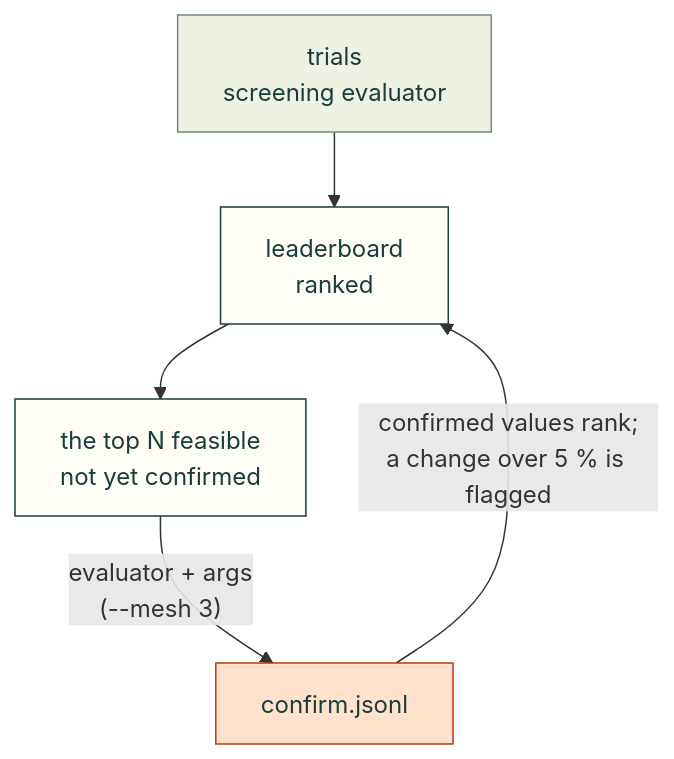
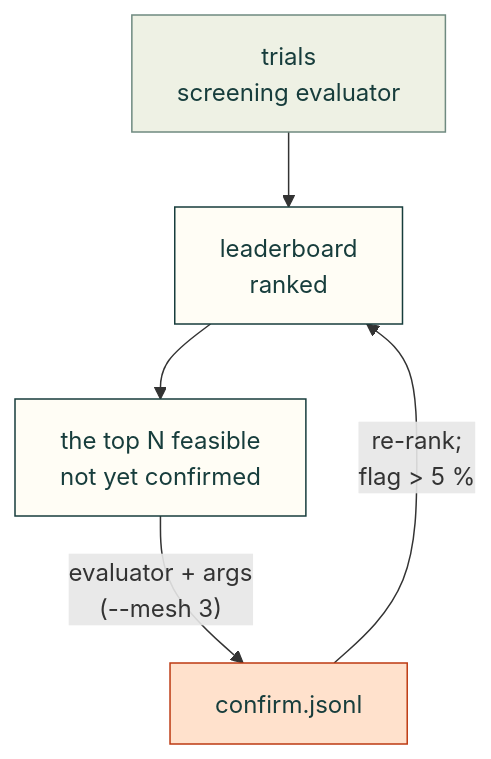
The second of 2 diagrams in docs/explore.md (Valpatel/cad-agent), drawn with Mermaid before and after one commit.

Commit message:
docs/explore: a shorter label on the confirm diagram's loop

````diff
--- a/docs/explore.md
+++ b/docs/explore.md
@@ -351,13 +351,13 @@
 ```mermaid
 flowchart TD
     S["trials<br/>screening evaluator"] --> R["leaderboard<br/>ranked"]
     R --> T["the top N feasible<br/>not yet confirmed"]
     T -->|"evaluator + args<br/>(--mesh 3)"| C["confirm.jsonl"]
-    C -->|"confirmed values rank;<br/>a change over 5 % is flagged"| R
+    C -->|"re-rank;<br/>flag > 5 %"| R
     classDef here fill:#fffdf5,stroke:#173d3c,color:#173d3c
     classDef near fill:#eef1e4,stroke:#6f8a80,color:#173d3c
     classDef out fill:#ffe1cc,stroke:#bd3a12,color:#173d3c
     class R,T here
     class S near
     class C out
 ```
````
